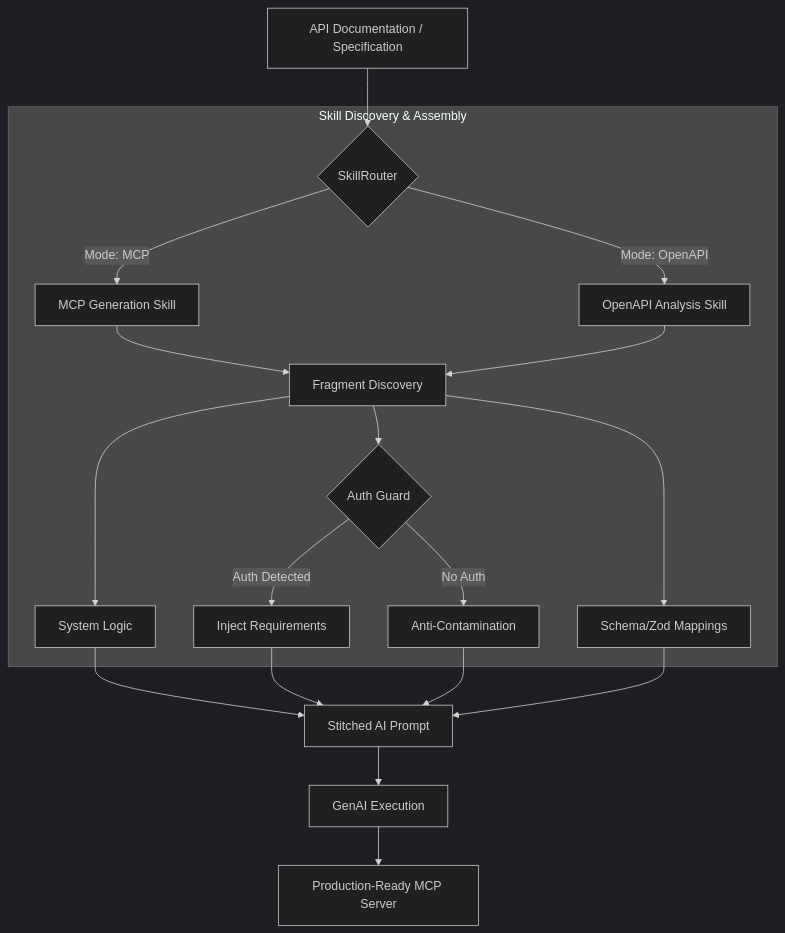
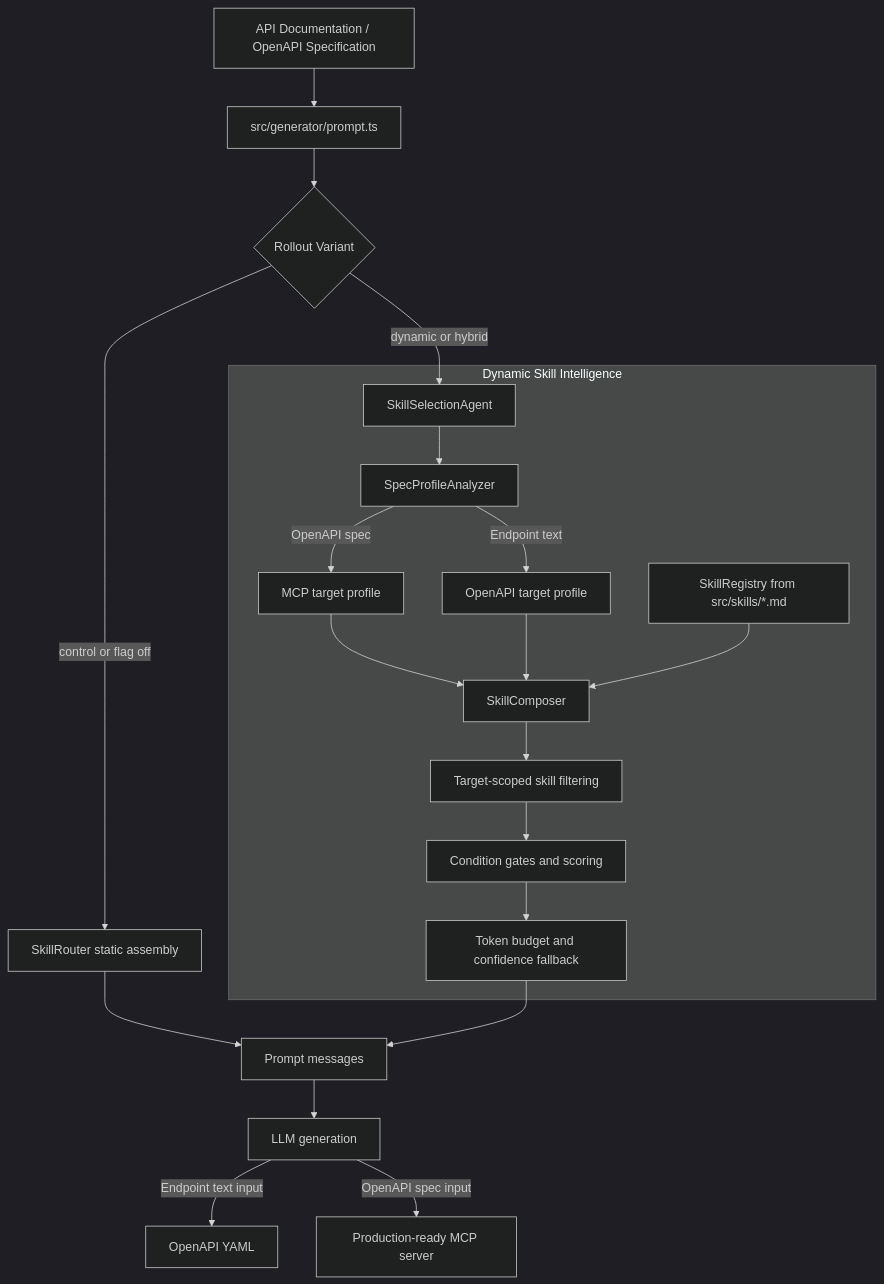
Before and after one commit to Memories2077/EtheralSystem: the diagram in README.md, drawn with Mermaid (dark theme). The commit also changed other lines of this file, not shown here.

First line of the commit message:
docs: update skill selection architecture

````diff
--- a/README.md
+++ b/README.md
@@ -11,23 +11,26 @@
 ```mermaid
 graph TD
-    Input[API Documentation / Specification] --> Router{SkillRouter}
+    Input[API Documentation / OpenAPI Specification] --> Entry[src/generator/prompt.ts]
+    Entry --> Variant{Rollout Variant}
 
-    subgraph "Skill Discovery & Assembly"
-    Router -->|Mode: MCP| MCPSkill[MCP Generation Skill]
-    Router -->|Mode: OpenAPI| OpenAPISkill[OpenAPI Analysis Skill]
+    Variant -->|control or flag off| Static[SkillRouter static assembly]
+    Variant -->|dynamic or hybrid| Agent[SkillSelectionAgent]
 
-    MCPSkill --> Fragments[Fragment Discovery]
-    OpenAPISkill --> Fragments
-
-    Fragments --> System[System Logic]
-    Fragments --> Auth{Auth Guard}
-    Fragments --> Schema[Schema/Zod Mappings]
-
-    Auth -->|Auth Detected| Inject[Inject Requirements]
-    Auth -->|No Auth| Isolated[Anti-Contamination]
+    subgraph "Dynamic Skill Intelligence"
+    Agent --> Analyzer[SpecProfileAnalyzer]
+    Analyzer -->|OpenAPI spec| MCPProfile[MCP target profile]
+    Analyzer -->|Endpoint text| OpenAPIProfile[OpenAPI target profile]
+    MCPProfile --> Composer[SkillComposer]
+    OpenAPIProfile --> Composer
+    Registry[SkillRegistry from src/skills/*.md] --> Composer
+    Composer --> TargetFilter[Target-scoped skill filtering]
+    TargetFilter --> Conditions[Condition gates and scoring]
+    Conditions --> Safety[Token budget and confidence fallback]
     end
 
-    System & Inject & Isolated & Schema --> Prompt[Stitched AI Prompt]
-    Prompt --> LLM[GenAI Execution]
-    LLM --> Code[Production-Ready MCP Server]
+    Static --> Prompt[Prompt messages]
+    Safety --> Prompt
+    Prompt --> LLM[LLM generation]
+    LLM -->|Endpoint text input| Spec[OpenAPI YAML]
+    LLM -->|OpenAPI spec input| Code[Production-ready MCP server]
 ```
````
